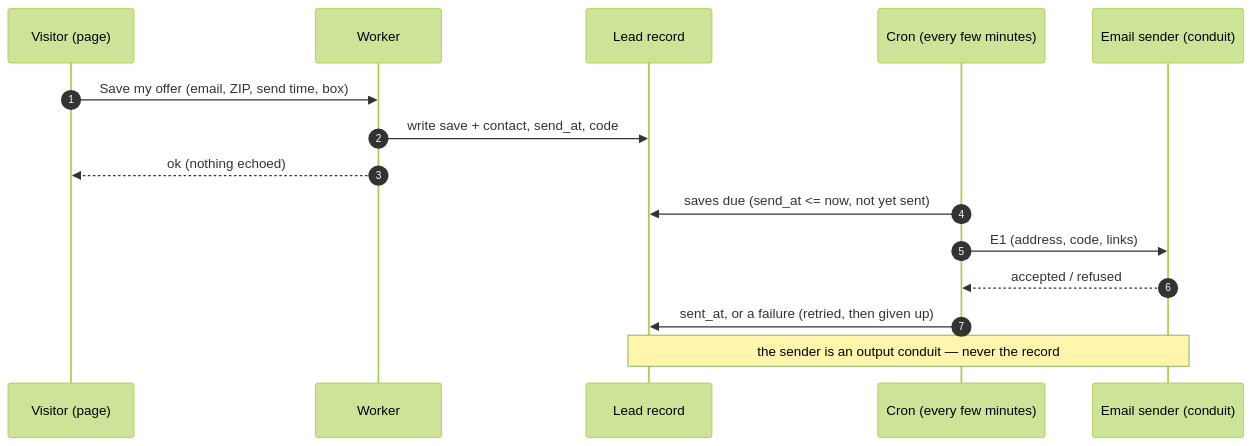
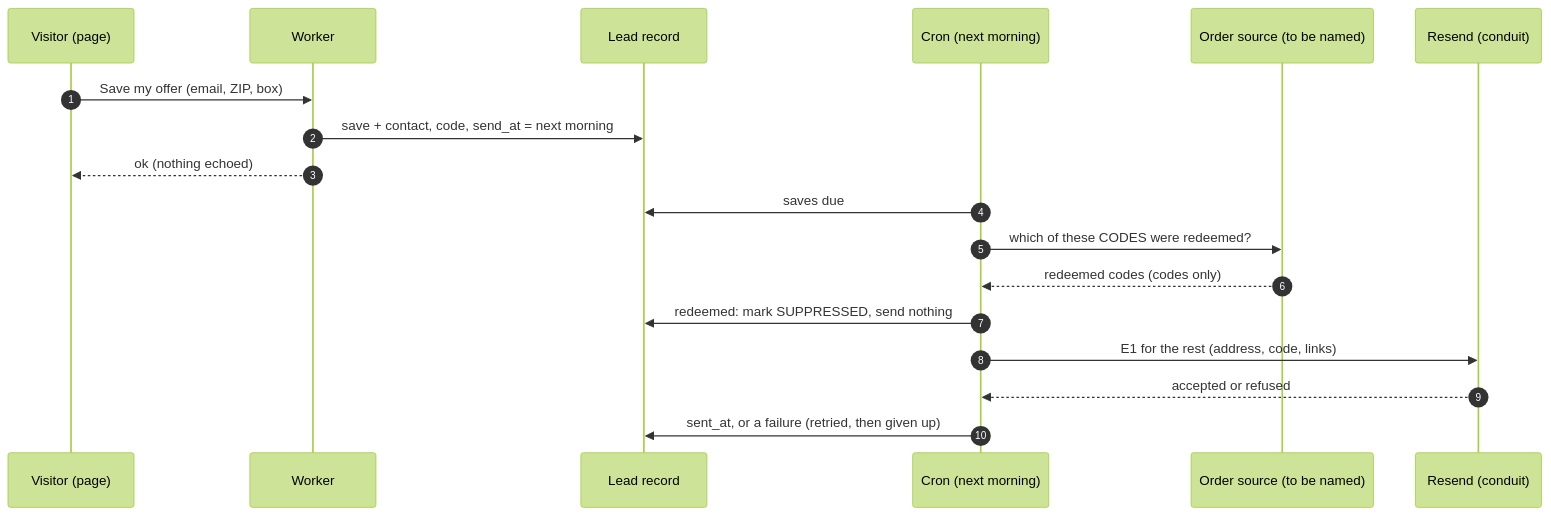
One commit to fitaf-hq/fitaf-microsites changed the first of 3 diagrams in boston-2026-10/flows/03-follow-up-email.md. Above: the diagram before and after it, drawn with Mermaid (forest theme). The commit also changed other lines of this file and 7 other files, not shown here.

First line of the commit message:
Flows, second review: next-day email (suppressed by redeemed code), meal size instead of goal with a browser-only share calculator, permissive /o/<code> redemption, the two skip links, Flow 8 (this week's menu), Resend

````diff
--- a/boston-2026-10/flows/03-follow-up-email.md
+++ b/boston-2026-10/flows/03-follow-up-email.md
@@ -27,17 +29,20 @@
 ```mermaid
 sequenceDiagram
   autonumber
   participant V as Visitor (page)
   participant W as Worker
   participant D as Lead record
-  participant C as Cron (every few minutes)
-  participant S as Email sender (conduit)
-  V->>W: Save my offer (email, ZIP, send time, box)
-  W->>D: write save + contact, send_at, code
+  participant C as Cron (next morning)
+  participant O as Order source (to be named)
+  participant S as Resend (conduit)
+  V->>W: Save my offer (email, ZIP, box)
+  W->>D: save + contact, code, send_at = next morning
   W-->>V: ok (nothing echoed)
-  C->>D: saves due (send_at <= now, not yet sent)
-  C->>S: E1 (address, code, links)
-  S-->>C: accepted / refused
+  C->>D: saves due
+  C->>O: which of these CODES were redeemed?
+  O-->>C: redeemed codes (codes only)
+  C->>D: redeemed: mark SUPPRESSED, send nothing
+  C->>S: E1 for the rest (address, code, links)
+  S-->>C: accepted or refused
   C->>D: sent_at, or a failure (retried, then given up)
-  Note over S,D: the sender is an output conduit — never the record
 ```
````
